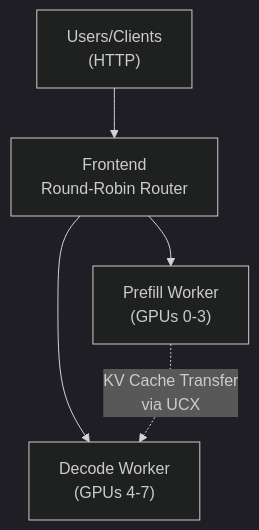
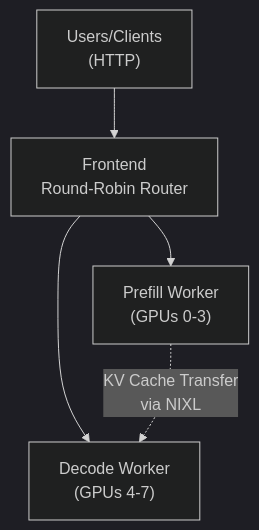
Before and after one commit to ai-dynamo/dynamo: the diagram in docs/fern/pages/developer-guide/additional-resources/tensorrt-llm-details/gpt-oss.md, drawn with Mermaid (dark theme). The commit also changed other lines of this file and 5 other files, not shown here.

Commit message:
fix(trtllm): use Python NIXL transfer for GPT-OSS

````diff
--- a/docs/fern/pages/developer-guide/additional-resources/tensorrt-llm-details/gpt-oss.md
+++ b/docs/fern/pages/developer-guide/additional-resources/tensorrt-llm-details/gpt-oss.md
@@ -474,8 +472,8 @@
 ```mermaid
 flowchart TD
     Client["Users/Clients<br/>(HTTP)"] --> Frontend["Frontend<br/>Round-Robin Router"]
     Frontend --> Prefill["Prefill Worker<br/>(GPUs 0-3)"]
     Frontend --> Decode["Decode Worker<br/>(GPUs 4-7)"]
 
-    Prefill -.->|KV Cache Transfer<br/>via UCX| Decode
+    Prefill -.->|KV Cache Transfer<br/>via NIXL| Decode
 ```
````
